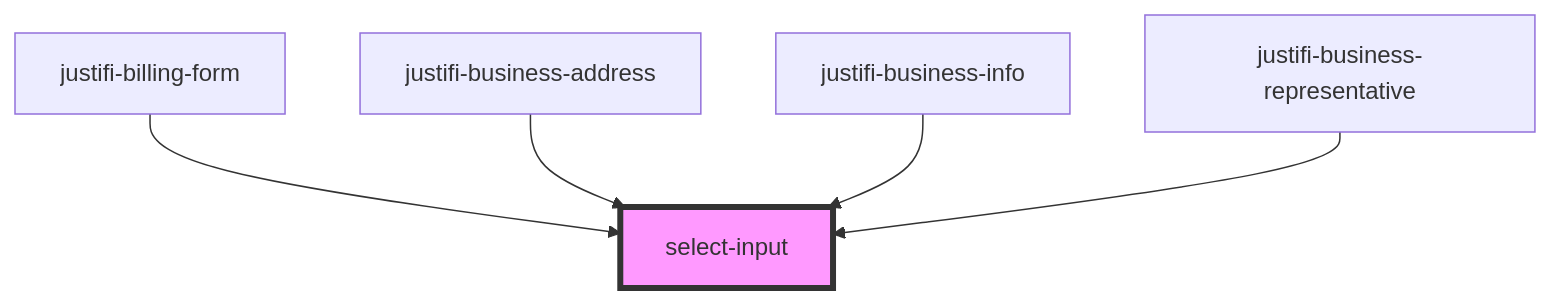
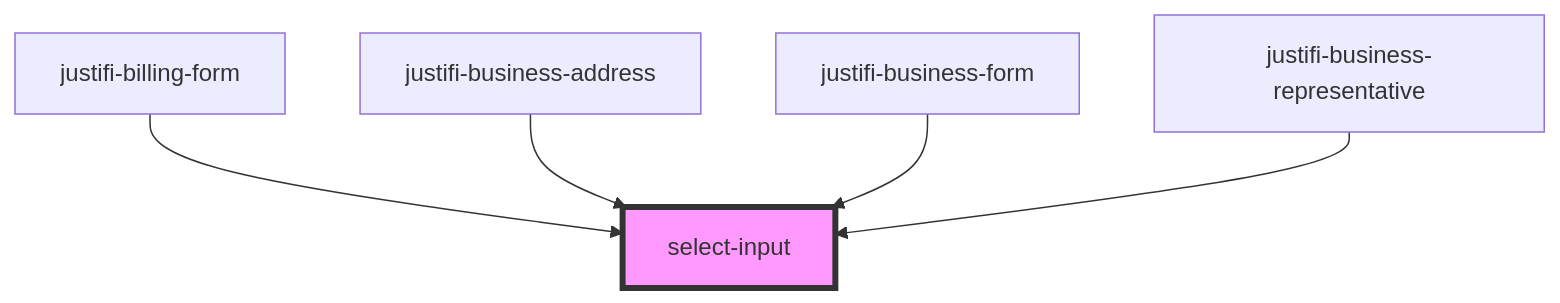
The diagram in stencil-library/src/components/select-input/readme.md (justifi-tech/web-component-library), drawn with Mermaid before and after one commit. The commit also changed other lines of this file and 22 other files, not shown here.

Commit message:
rename business-info to business-form

````diff
--- a/stencil-library/src/components/select-input/readme.md
+++ b/stencil-library/src/components/select-input/readme.md
@@ -41,8 +41,8 @@
 ```mermaid
 graph TD;
   justifi-billing-form --> select-input
   justifi-business-address --> select-input
-  justifi-business-info --> select-input
+  justifi-business-form --> select-input
   justifi-business-representative --> select-input
   style select-input fill:#f9f,stroke:#333,stroke-width:4px
 ```
````
